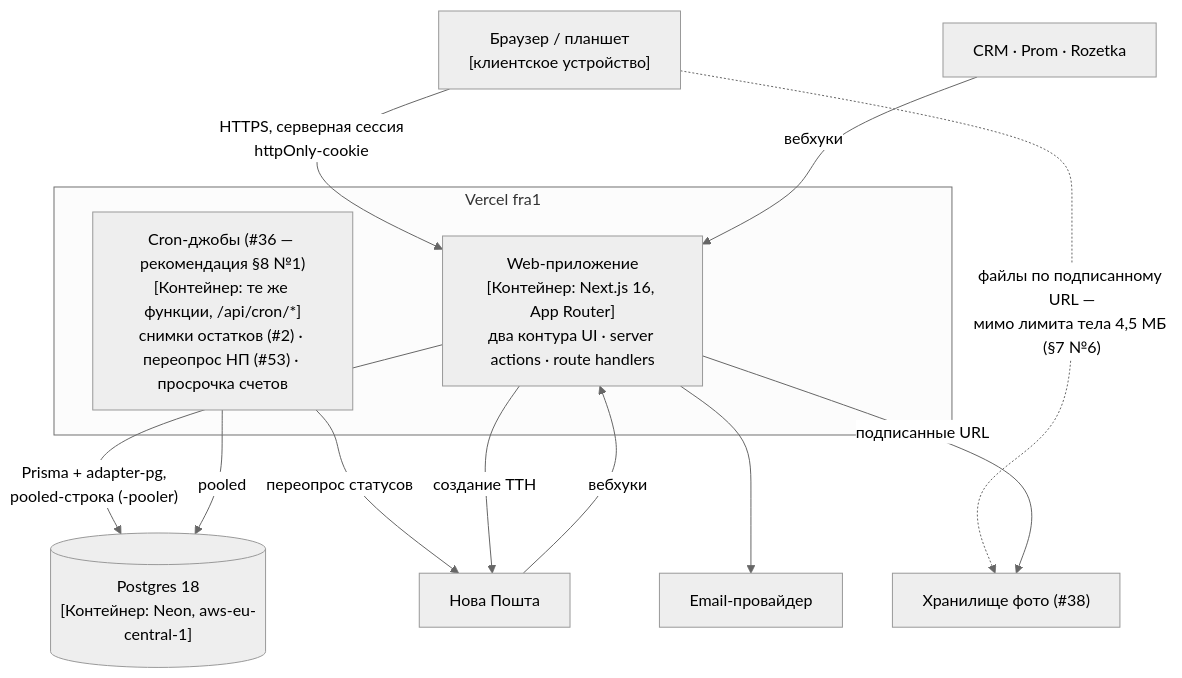
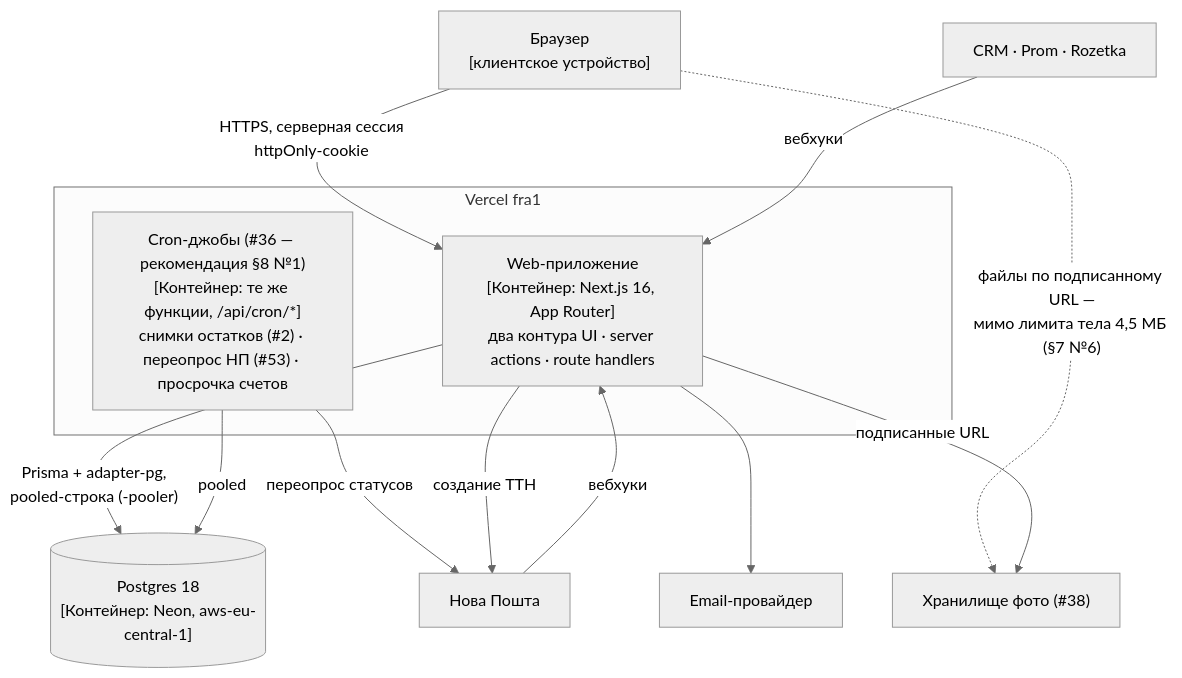
Before and after one commit to skladplus/Skladplus: the second of 3 diagrams in docs/05-system-design.md, drawn with Mermaid (neutral theme). The commit also changed other lines of this file and 4 other files, not shown here.

````diff
--- a/docs/05-system-design.md
+++ b/docs/05-system-design.md
@@ -79,24 +79,24 @@
 ```mermaid
 flowchart TB
-  B["Браузер / планшет<br/>[клиентское устройство]"]
+  B["Браузер<br/>[клиентское устройство]"]
   subgraph V["Vercel fra1"]
     WEB["Web-приложение<br/>[Контейнер: Next.js 16, App Router]<br/>два контура UI · server actions · route handlers"]
     CRON["Cron-джобы (#36 — рекомендация §8 №1)<br/>[Контейнер: те же функции, /api/cron/*]<br/>снимки остатков (#2) · переопрос НП (#53) · просрочка счетов"]
   end
   PG[("Postgres 18<br/>[Контейнер: Neon, aws-eu-central-1]")]
   NP["Нова Пошта"]
   CRM["CRM · Prom · Rozetka"]
   MAIL["Email-провайдер"]
   BLOB["Хранилище фото (#38)"]
 
   B -- "HTTPS, серверная сессия<br/>httpOnly-cookie" --> WEB
   B -. "файлы по подписанному URL —<br/>мимо лимита тела 4,5 МБ (§7 №6)" .-> BLOB
   WEB -- "Prisma + adapter-pg,<br/>pooled-строка (-pooler)" --> PG
   CRON -- "pooled" --> PG
   CRON -- "переопрос статусов" --> NP
   WEB -- "создание ТТН" --> NP
   NP -- "вебхуки" --> WEB
   CRM -- "вебхуки" --> WEB
   WEB --> MAIL
   WEB -- "подписанные URL" --> BLOB
 ```
````
